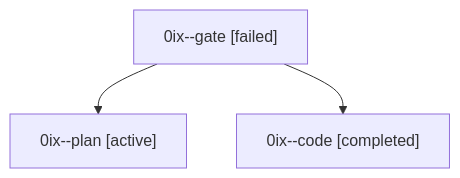
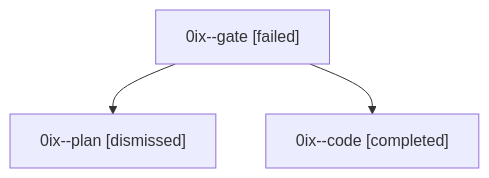
Before and after one commit to sase-org/sase--agents: the diagram in sessions/bbugyi200.athena.0ix.md, drawn with Mermaid. The commit also changed other lines of this file and 43 other files, not shown here.

````diff
--- a/sessions/bbugyi200.athena.0ix.md
+++ b/sessions/bbugyi200.athena.0ix.md
@@ -9,8 +9,8 @@
 ```mermaid
 flowchart TD
   n0["0ix--gate [failed]"]
-  n1["0ix--plan [active]"]
+  n1["0ix--plan [dismissed]"]
   n0 --> n1
   n2["0ix--code [completed]"]
   n0 --> n2
 ```
````
